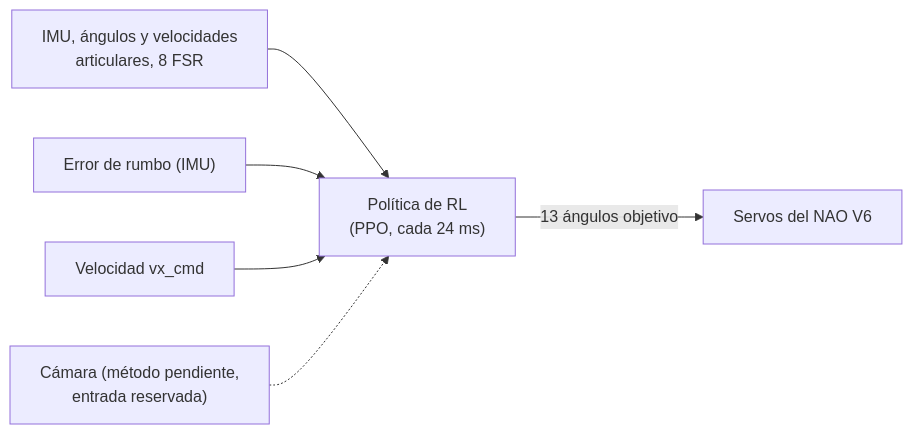
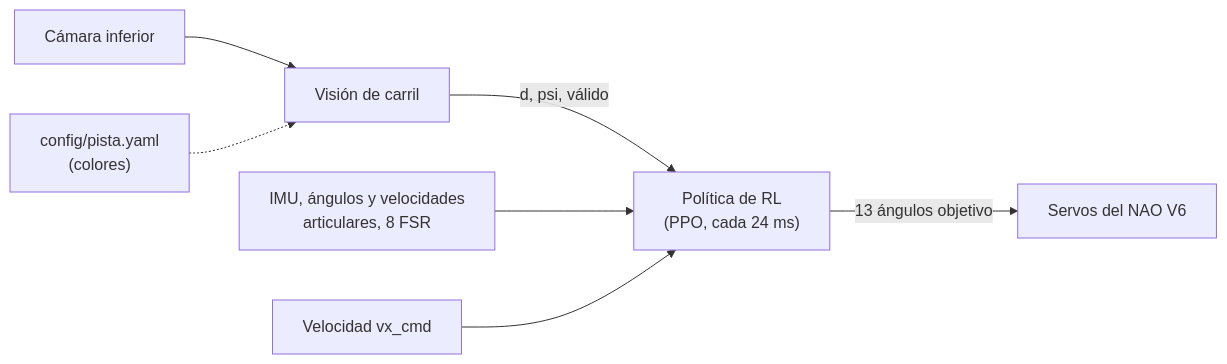
Before and after one commit to CamiloGomezB/NAO: the diagram in README.md, drawn with Mermaid. The commit also changed other lines of this file and 5 other files, not shown here.

````diff
--- a/README.md
+++ b/README.md
@@ -30,8 +27,9 @@
 ```mermaid
 flowchart LR
-    SENS["IMU, ángulos y velocidades<br/>articulares, 8 FSR"] --> POL["Política de RL<br/>(PPO, cada 24 ms)"]
-    RUMBO["Error de rumbo (IMU)"] --> POL
+    CAM["Cámara inferior"] --> VIS["Visión de carril"]
+    PISTA["config/pista.yaml<br/>(colores)"] -.-> VIS
+    VIS -- "d, psi, válido" --> POL["Política de RL<br/>(PPO, cada 24 ms)"]
+    SENS["IMU, ángulos y velocidades<br/>articulares, 8 FSR"] --> POL
     VX["Velocidad vx_cmd"] --> POL
-    CAM["Cámara (método pendiente,<br/>entrada reservada)"] -.-> POL
     POL -- "13 ángulos objetivo" --> NAO["Servos del NAO V6"]
 ```
````
